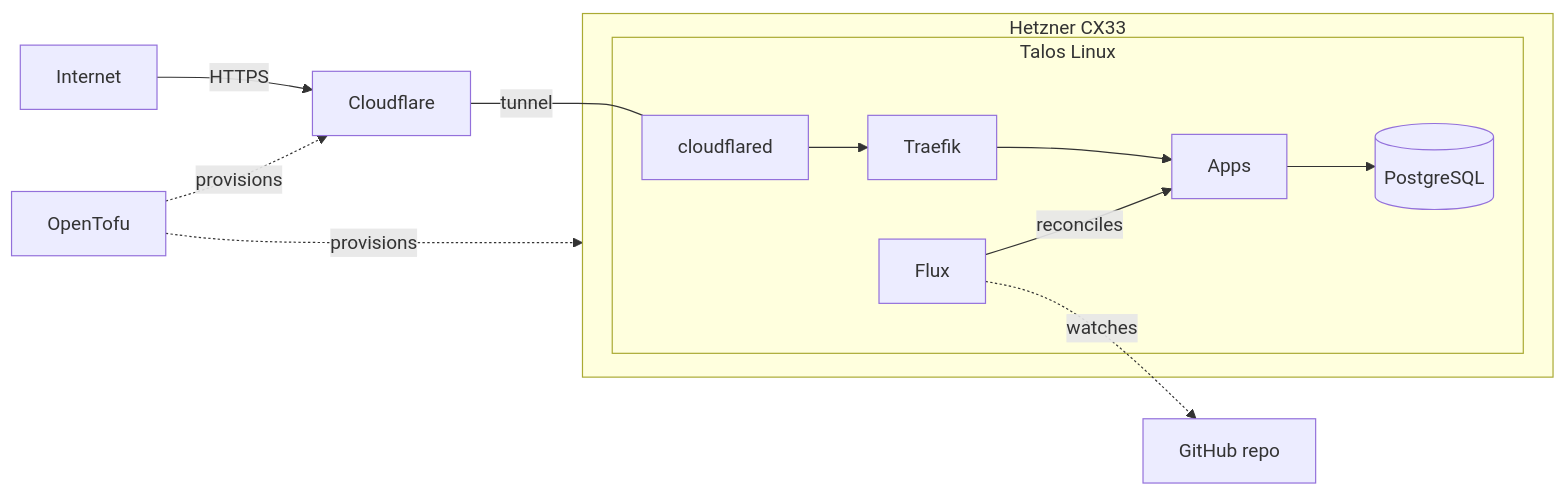
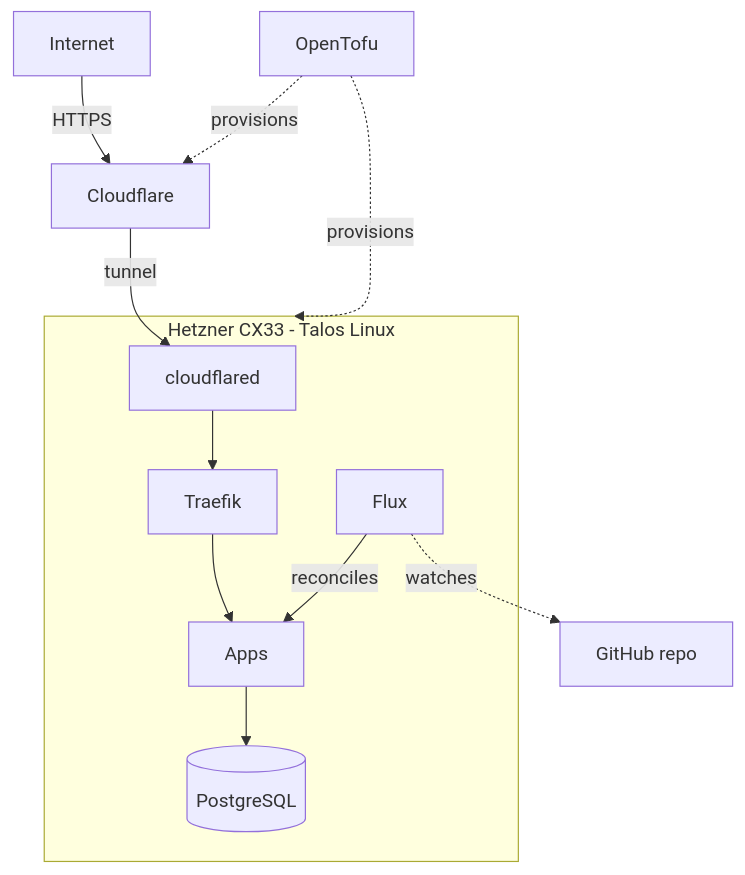
One commit to itay-raveh/infra changed the diagram in README.md. Above: the diagram before and after it, drawn with Mermaid.

Commit message:
fix: improve mermaid diagram layout for GitHub rendering

````diff
--- a/README.md
+++ b/README.md
@@ -10,15 +10,15 @@
 ```mermaid
-graph LR
-    Internet -->|HTTPS| CF[Cloudflare] ---|tunnel| cloudflared
+graph TD
+    Internet -->|HTTPS| CF[Cloudflare]
+    CF -->|tunnel| cloudflared
+    OpenTofu -.->|provisions| CF & Server
 
-    subgraph Server["Hetzner CX33"]
-        subgraph Talos["Talos Linux"]
-            cloudflared --> Traefik --> Apps
-            Apps --> CNPG[(PostgreSQL)]
-            Flux -->|reconciles| Apps
-        end
+    subgraph Server["Hetzner CX33 - Talos Linux"]
+        cloudflared --> Traefik
+        Traefik --> Apps
+        Apps --> CNPG[(PostgreSQL)]
+        Flux -->|reconciles| Apps
     end
 
     Flux -.->|watches| Git[GitHub repo]
-    OpenTofu -.->|provisions| Server & CF
 ```
````
